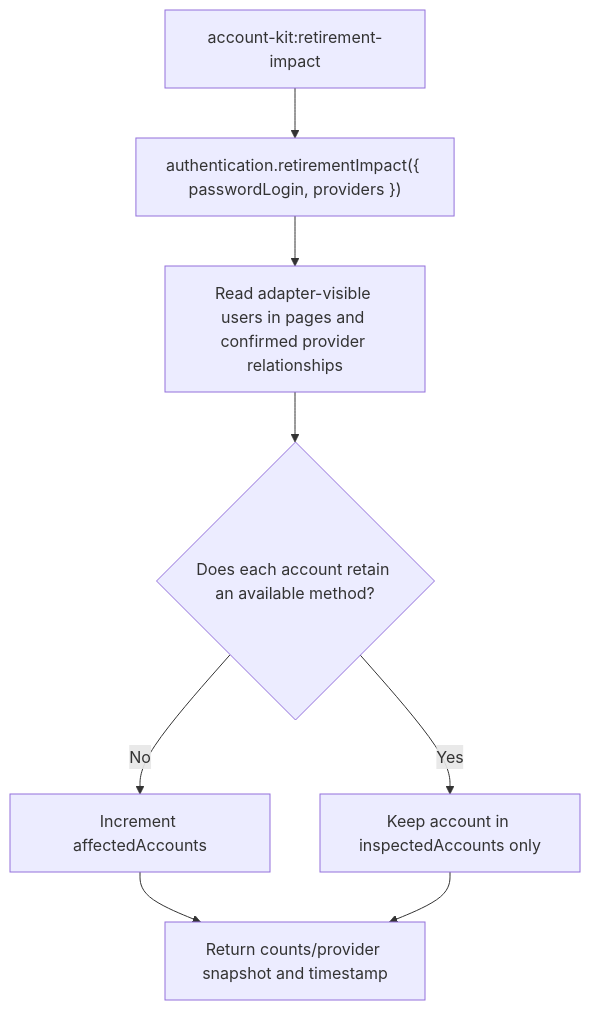
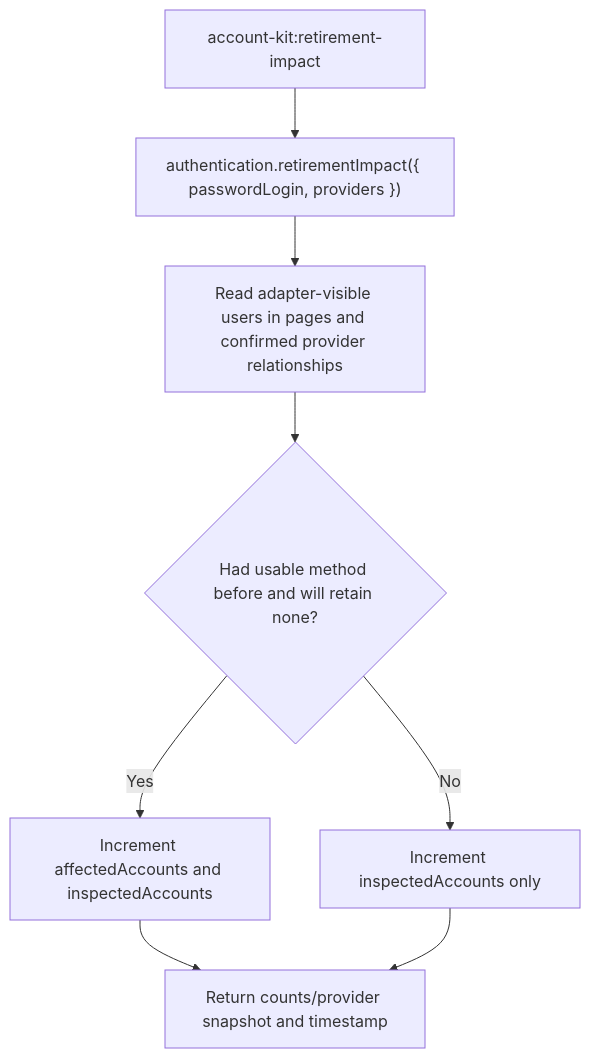
One commit to Kevinjohn/oss-adonisjs-account-kit changed the second of 2 diagrams in user-stories/US-ACCOUNT-44-check-login-retirement-impact.md. Above: the diagram before and after it, drawn with Mermaid. The commit also changed 43 other files, not shown here.

````diff
--- a/user-stories/US-ACCOUNT-44-check-login-retirement-impact.md
+++ b/user-stories/US-ACCOUNT-44-check-login-retirement-impact.md
@@ -32,10 +32,10 @@
 ```mermaid
 flowchart TD
  A["account-kit:retirement-impact"] --> B["authentication.retirementImpact({ passwordLogin, providers })"]
  B --> C["Read adapter-visible users in pages and confirmed provider relationships"]
- C --> D{"Does each account retain an available method?"}
- D -->|No| E["Increment affectedAccounts"]
- D -->|Yes| F["Keep account in inspectedAccounts only"]
+ C --> D{"Had usable method before and will retain none?"}
+ D -->|Yes| E["Increment affectedAccounts and inspectedAccounts"]
+ D -->|No| F["Increment inspectedAccounts only"]
  E --> G["Return counts/provider snapshot and timestamp"]
  F --> G
 ```
````
